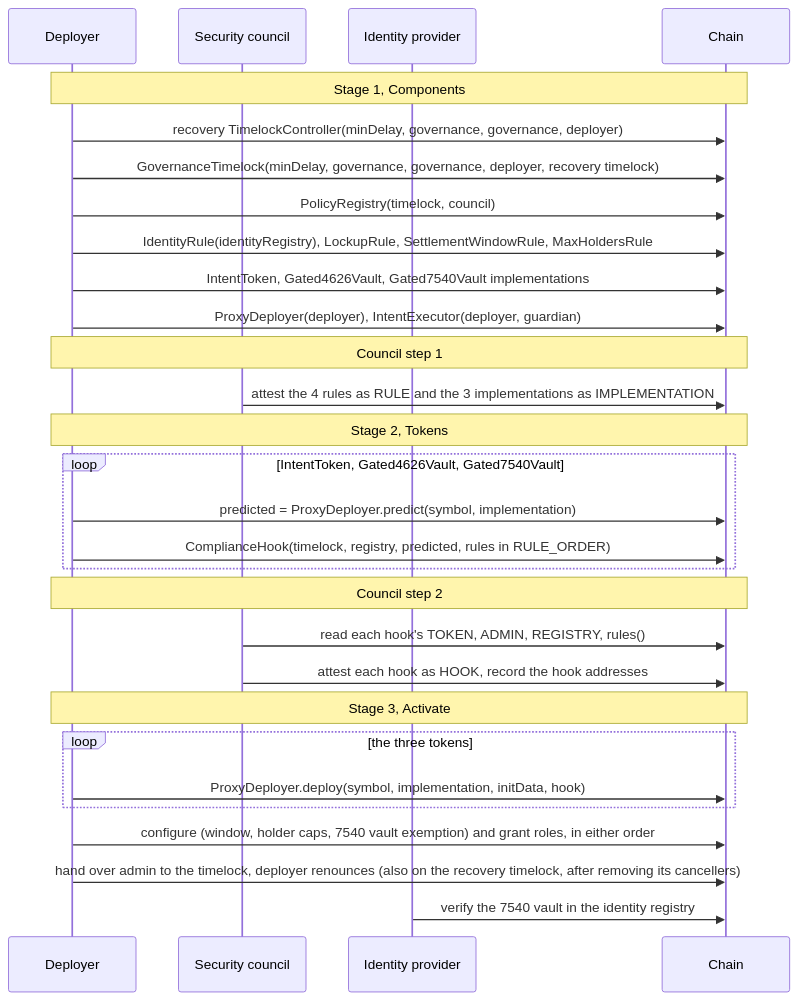
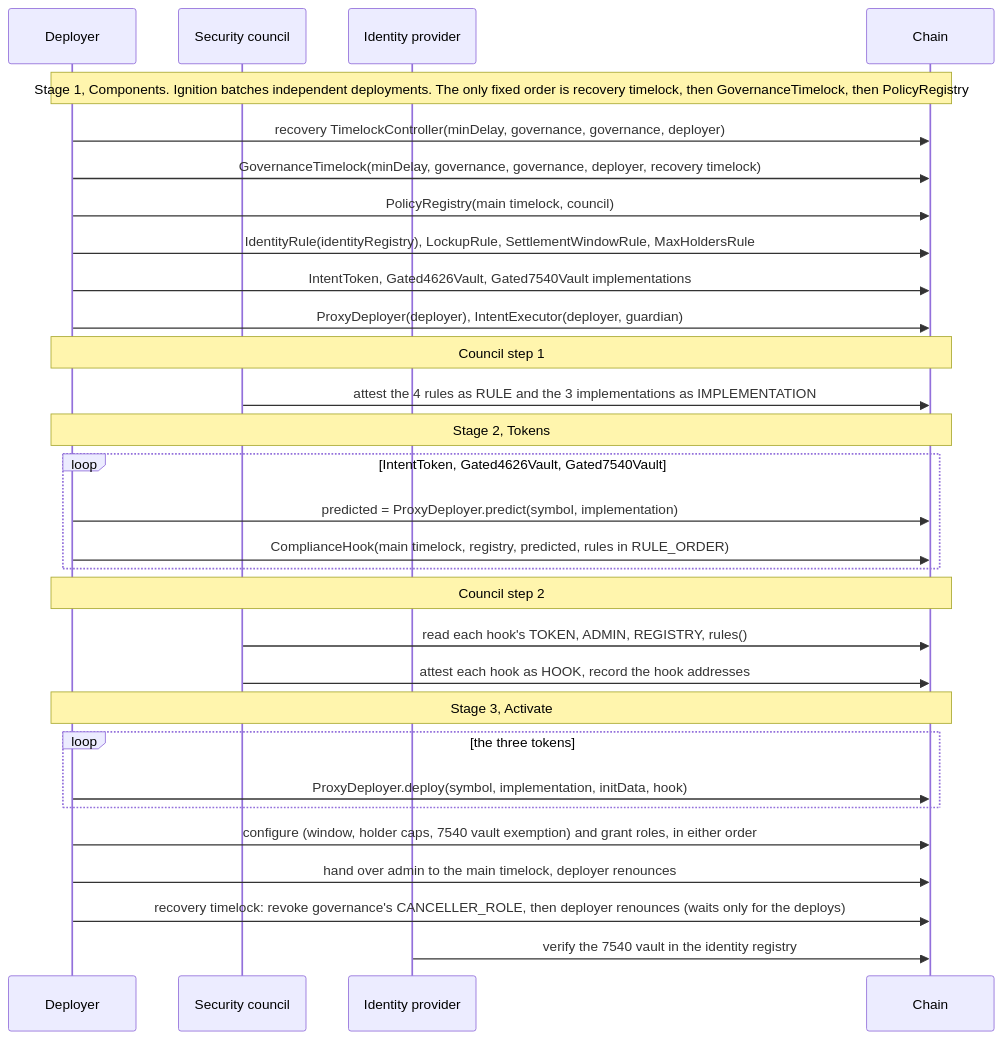
One commit to fepvenancio/rwa-token changed the fifth of 5 diagrams in docs/governance-and-deployment.md. Above: the diagram before and after it, drawn with Mermaid. The commit also changed other lines of this file and 7 other files, not shown here.

````diff
--- a/docs/governance-and-deployment.md
+++ b/docs/governance-and-deployment.md
@@ -182,36 +195,37 @@
 ```mermaid
 sequenceDiagram
   participant D as Deployer
   participant Co as Security council
   participant IP as Identity provider
   participant Ch as Chain
 
-  Note over D,Ch: Stage 1, Components
+  Note over D,Ch: Stage 1, Components. Ignition batches independent deployments. The only fixed order is recovery timelock, then GovernanceTimelock, then PolicyRegistry
   D->>Ch: recovery TimelockController(minDelay, governance, governance, deployer)
   D->>Ch: GovernanceTimelock(minDelay, governance, governance, deployer, recovery timelock)
-  D->>Ch: PolicyRegistry(timelock, council)
+  D->>Ch: PolicyRegistry(main timelock, council)
   D->>Ch: IdentityRule(identityRegistry), LockupRule, SettlementWindowRule, MaxHoldersRule
   D->>Ch: IntentToken, Gated4626Vault, Gated7540Vault implementations
   D->>Ch: ProxyDeployer(deployer), IntentExecutor(deployer, guardian)
 
   Note over D,Ch: Council step 1
   Co->>Ch: attest the 4 rules as RULE and the 3 implementations as IMPLEMENTATION
 
   Note over D,Ch: Stage 2, Tokens
   loop IntentToken, Gated4626Vault, Gated7540Vault
     D->>Ch: predicted = ProxyDeployer.predict(symbol, implementation)
-    D->>Ch: ComplianceHook(timelock, registry, predicted, rules in RULE_ORDER)
+    D->>Ch: ComplianceHook(main timelock, registry, predicted, rules in RULE_ORDER)
   end
 
   Note over D,Ch: Council step 2
   Co->>Ch: read each hook's TOKEN, ADMIN, REGISTRY, rules()
   Co->>Ch: attest each hook as HOOK, record the hook addresses
 
   Note over D,Ch: Stage 3, Activate
   loop the three tokens
     D->>Ch: ProxyDeployer.deploy(symbol, implementation, initData, hook)
   end
   D->>Ch: configure (window, holder caps, 7540 vault exemption) and grant roles, in either order
-  D->>Ch: hand over admin to the timelock, deployer renounces (also on the recovery timelock, after removing its cancellers)
+  D->>Ch: hand over admin to the main timelock, deployer renounces
+  D->>Ch: recovery timelock: revoke governance's CANCELLER_ROLE, then deployer renounces (waits only for the deploys)
   IP->>Ch: verify the 7540 vault in the identity registry
 ```
````
